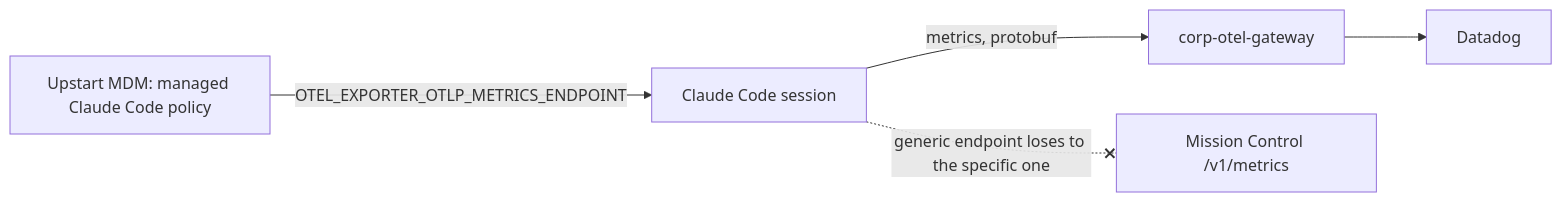
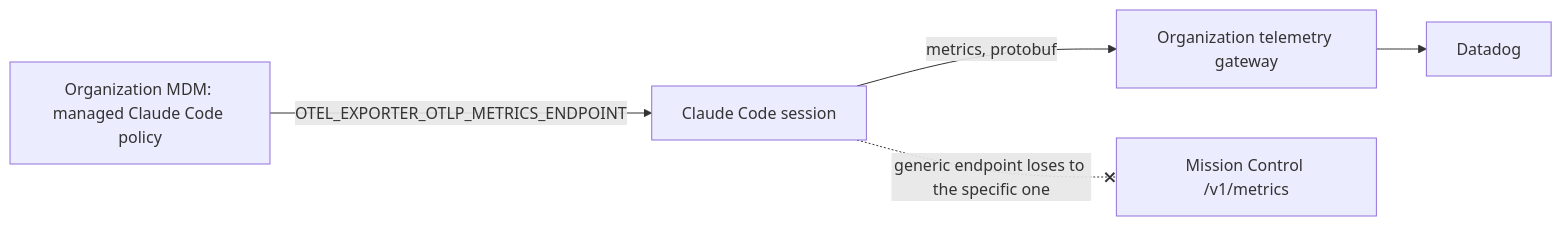
The second of 2 diagrams in docs/plans/upstart-datadog-telemetry/plan.md (teamupstart/mission-control), drawn with Mermaid before and after one commit. The commit also changed other lines of this file and 9 other files, not shown here.

````diff
--- a/docs/plans/upstart-datadog-telemetry/plan.md
+++ b/docs/plans/upstart-datadog-telemetry/plan.md
@@ -757,6 +749,6 @@
 ```mermaid
 flowchart LR
-  POL[Upstart MDM: managed Claude Code policy] -- OTEL_EXPORTER_OTLP_METRICS_ENDPOINT --> CC[Claude Code session]
-  CC -- metrics, protobuf --> GW[corp-otel-gateway] --> DD[Datadog]
+  POL[Organization MDM: managed Claude Code policy] -- OTEL_EXPORTER_OTLP_METRICS_ENDPOINT --> CC[Claude Code session]
+  CC -- metrics, protobuf --> GW[Organization telemetry gateway] --> DD[Datadog]
   CC -. generic endpoint loses to the specific one .-x MC[Mission Control /v1/metrics]
 ```
````
